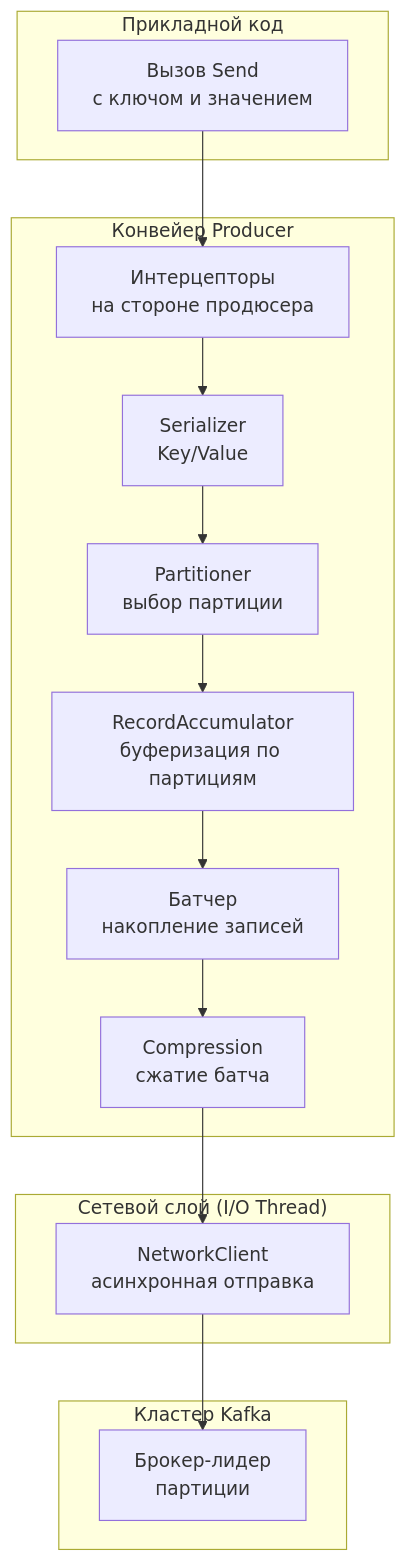
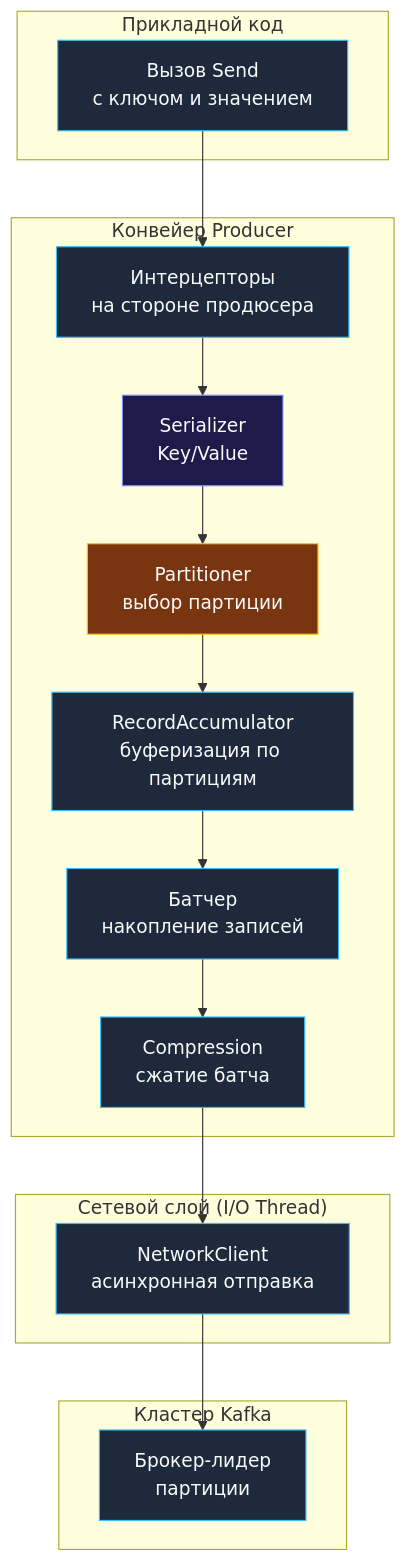
One commit to UnrealTemplier/go-textbook changed the first of 5 diagrams in sources/13. Очереди, брокеры сообщений и оркестраторы/03. Kafka/3. Producer и consumer.md. Above: the diagram before and after it, drawn with Mermaid. The commit also changed other lines of this file and 1666 other files, not shown here.

First line of the commit message:
feat(mermaid): add semantic color classDef to 1369 colorless flowchart/graph diagrams

````diff
--- a/sources/13. Очереди, брокеры сообщений и оркестраторы/03. Kafka/3. Producer и consumer.md
+++ b/sources/13. Очереди, брокеры сообщений и оркестраторы/03. Kafka/3. Producer и consumer.md
@@ -32,32 +32,42 @@
 ```mermaid
 flowchart TD
+    classDef process  fill:#1e293b,stroke:#38bdf8,stroke-width:1px,color:#f8fafc
+    classDef success  fill:#064e3b,stroke:#34d399,stroke-width:1px,color:#f8fafc
+    classDef error    fill:#7f1d1d,stroke:#f87171,stroke-width:1px,color:#f8fafc
+    classDef warning  fill:#78350f,stroke:#fbbf24,stroke-width:1px,color:#f8fafc
+    classDef entry    fill:#1e3a5f,stroke:#38bdf8,stroke-width:2px,color:#f8fafc
+    classDef aux      fill:#334155,stroke:#64748b,stroke-width:1px,color:#f8fafc
+    classDef system   fill:#312e81,stroke:#a78bfa,stroke-width:1px,color:#f8fafc
+    classDef data     fill:#132d29,stroke:#2dd4bf,stroke-width:1px,color:#f8fafc
+    classDef network  fill:#881337,stroke:#fb7185,stroke-width:1px,color:#f8fafc
+    classDef accent   fill:#1e1b4b,stroke:#818cf8,stroke-width:1px,color:#f8fafc
     subgraph ClientApp["Прикладной код"]
-        A["Вызов Send<br>с ключом и значением"]
+        A["Вызов Send<br>с ключом и значением"]:::process
     end
 
     subgraph Pipeline["Конвейер Producer"]
-        B["Интерцепторы<br>на стороне продюсера"]
-        C["Serializer<br>Key/Value"]
-        D["Partitioner<br>выбор партиции"]
-        E["RecordAccumulator<br>буферизация по партициям"]
-        F["Батчер<br>накопление записей"]
-        G["Compression<br>сжатие батча"]
+        B["Интерцепторы<br>на стороне продюсера"]:::process
+        C["Serializer<br>Key/Value"]:::accent
+        D["Partitioner<br>выбор партиции"]:::warning
+        E["RecordAccumulator<br>буферизация по партициям"]:::process
+        F["Батчер<br>накопление записей"]:::process
+        G["Compression<br>сжатие батча"]:::process
     end
 
     subgraph NetLayer["Сетевой слой (I/O Thread)"]
-        H["NetworkClient<br>асинхронная отправка"]
+        H["NetworkClient<br>асинхронная отправка"]:::process
     end
 
     subgraph Cluster["Кластер Kafka"]
-        I["Брокер-лидер<br>партиции"]
+        I["Брокер-лидер<br>партиции"]:::process
     end
 
     A --> B
     B --> C
     C --> D
     D --> E
     E --> F
     F --> G
     G --> H
     H --> I
 ```
````
